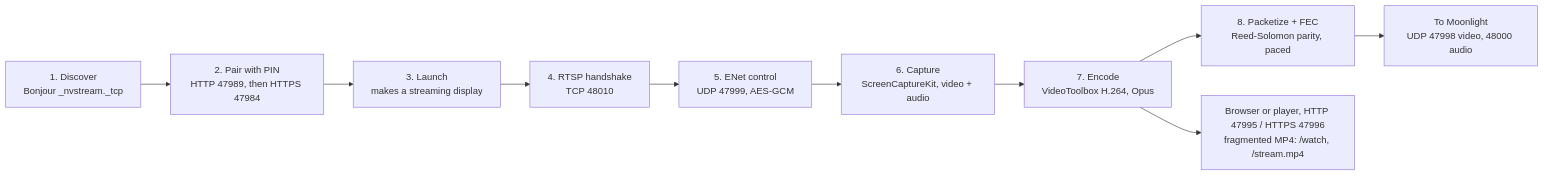
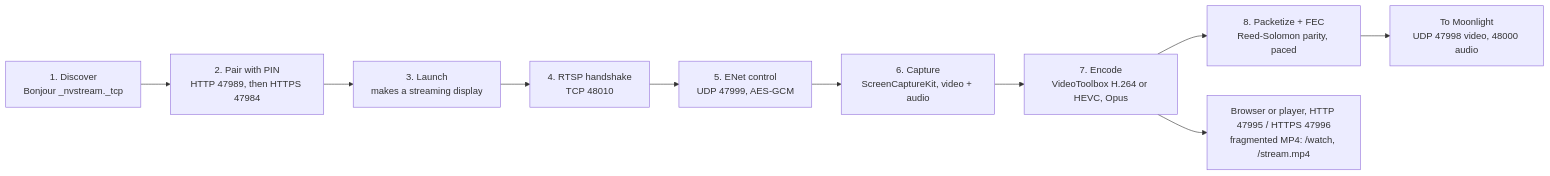
Before and after one commit to mmmeon/dam: the diagram in docs/moonlight.md, drawn with Mermaid. The commit also changed other lines of this file and 9 other files, not shown here.

````diff
--- a/docs/moonlight.md
+++ b/docs/moonlight.md
@@ -115,12 +116,12 @@
 ```mermaid
 flowchart LR
     A["1. Discover<br/>Bonjour _nvstream._tcp"] --> B["2. Pair with PIN<br/>HTTP 47989, then HTTPS 47984"]
     B --> C["3. Launch<br/>makes a streaming display"]
     C --> D["4. RTSP handshake<br/>TCP 48010"]
     D --> E["5. ENet control<br/>UDP 47999, AES-GCM"]
     E --> F["6. Capture<br/>ScreenCaptureKit, video + audio"]
-    F --> G["7. Encode<br/>VideoToolbox H.264, Opus"]
+    F --> G["7. Encode<br/>VideoToolbox H.264 or HEVC, Opus"]
     G --> H["8. Packetize + FEC<br/>Reed-Solomon parity, paced"]
     H --> I["To Moonlight<br/>UDP 47998 video, 48000 audio"]
     G --> J["Browser or player, HTTP 47995 / HTTPS 47996<br/>fragmented MP4: /watch, /stream.mp4"]
 ```
````
